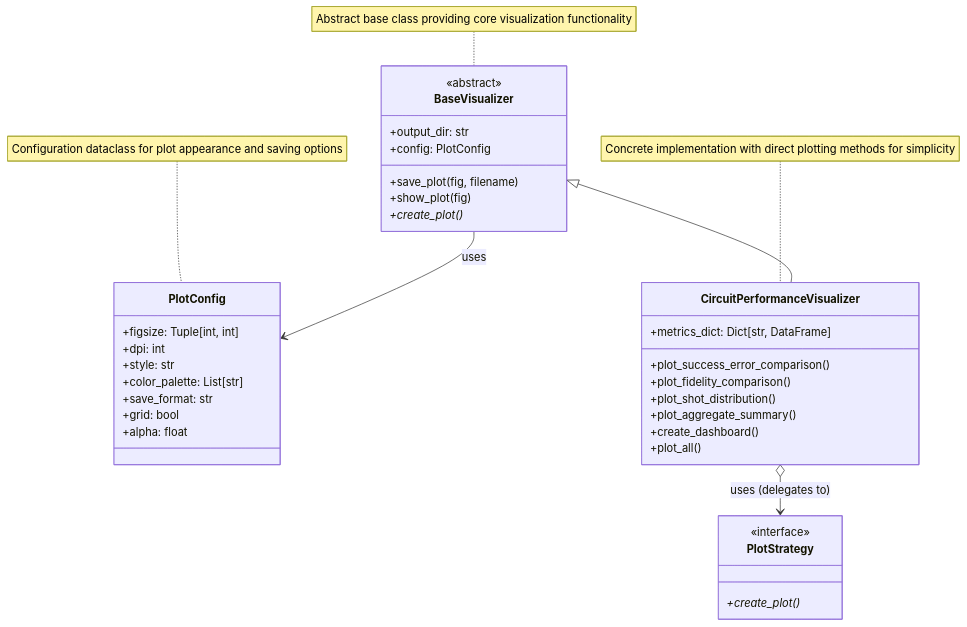
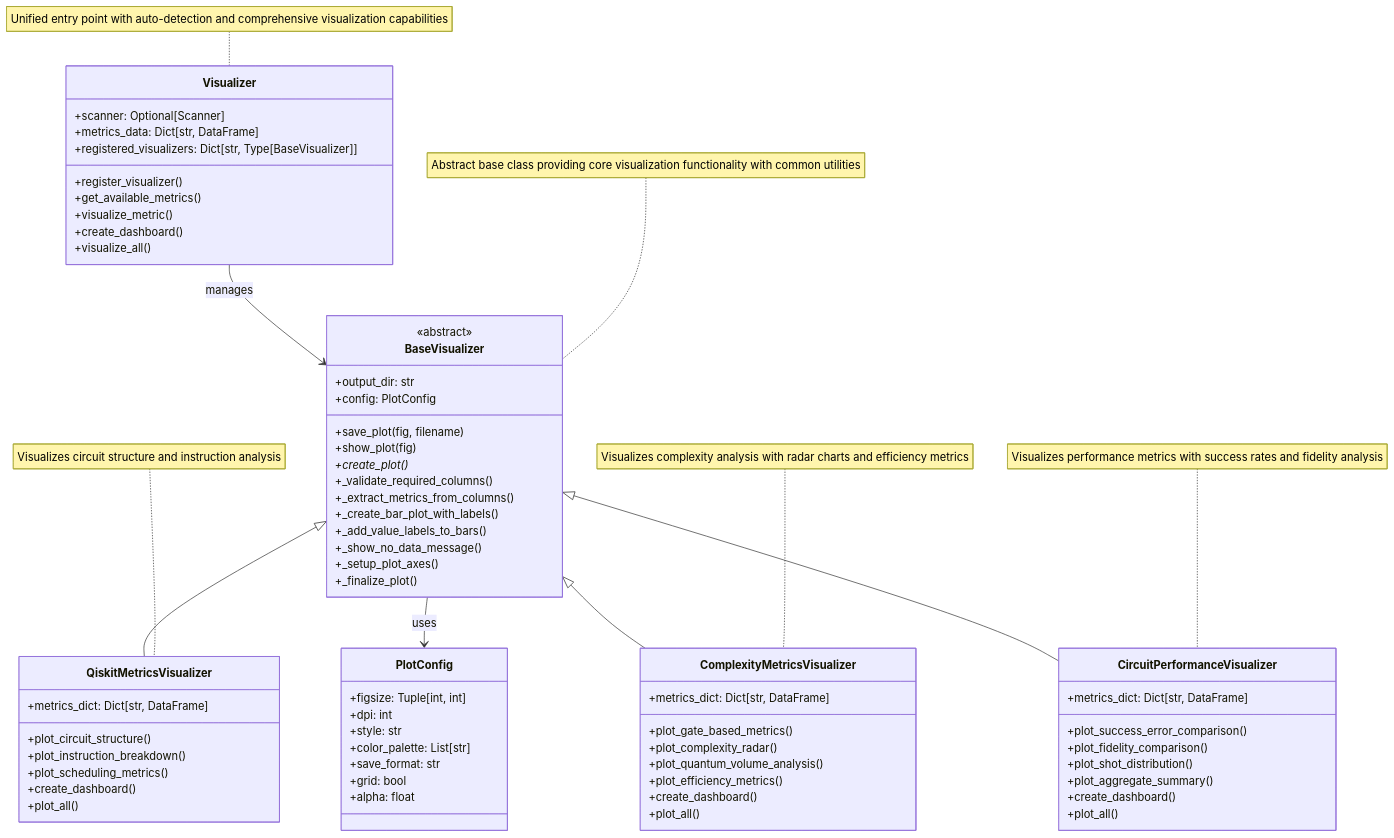
One commit to xthecapx/qiskit-qward changed the first of 2 diagrams in docs/technical_docs.md. Above: the diagram before and after it, drawn with Mermaid. The commit also changed other lines of this file and 4 other files, not shown here.

````diff
--- a/docs/technical_docs.md
+++ b/docs/technical_docs.md
@@ -163,44 +161,80 @@
-```mermaid
+```{mermaid}
 classDiagram
     class BaseVisualizer {
         <<abstract>>
         +output_dir: str
         +config: PlotConfig
         +save_plot(fig, filename)
         +show_plot(fig)
         +create_plot()*
+        +_validate_required_columns()
+        +_extract_metrics_from_columns()
+        +_create_bar_plot_with_labels()
+        +_add_value_labels_to_bars()
+        +_show_no_data_message()
+        +_setup_plot_axes()
+        +_finalize_plot()
     }
-    
+
     class PlotConfig {
         +figsize: Tuple[int, int]
         +dpi: int
         +style: str
         +color_palette: List[str]
         +save_format: str
         +grid: bool
         +alpha: float
     }
-    
+
+    class QiskitMetricsVisualizer {
+        +metrics_dict: Dict[str, DataFrame]
+        +plot_circuit_structure()
+        +plot_instruction_breakdown()
+        +plot_scheduling_metrics()
+        +create_dashboard()
+        +plot_all()
+    }
+
+    class ComplexityMetricsVisualizer {
+        +metrics_dict: Dict[str, DataFrame]
+        +plot_gate_based_metrics()
+        +plot_complexity_radar()
+        +plot_quantum_volume_analysis()
+        +plot_efficiency_metrics()
+        +create_dashboard()
+        +plot_all()
+    }
+
     class CircuitPerformanceVisualizer {
         +metrics_dict: Dict[str, DataFrame]
         +plot_success_error_comparison()
         +plot_fidelity_comparison()
         +plot_shot_distribution()
         +plot_aggregate_summary()
         +create_dashboard()
         +plot_all()
     }
 
-    class PlotStrategy {
-        <<interface>>
-        +create_plot()*
+    class Visualizer {
+        +scanner: Optional[Scanner]
+        +metrics_data: Dict[str, DataFrame]
+        +registered_visualizers: Dict[str, Type[BaseVisualizer]]
+        +register_visualizer()
+        +get_available_metrics()
+        +visualize_metric()
+        +create_dashboard()
+        +visualize_all()
     }
+    
+    note for BaseVisualizer "Abstract base class providing core visualization functionality with common utilities"
+    note for QiskitMetricsVisualizer "Visualizes circuit structure and instruction analysis"
+    note for ComplexityMetricsVisualizer "Visualizes complexity analysis with radar charts and efficiency metrics"
+    note for CircuitPerformanceVisualizer "Visualizes performance metrics with success rates and fidelity analysis"
+    note for Visualizer "Unified entry point with auto-detection and comprehensive visualization capabilities"
 
+    BaseVisualizer <|-- QiskitMetricsVisualizer
+    BaseVisualizer <|-- ComplexityMetricsVisualizer
     BaseVisualizer <|-- CircuitPerformanceVisualizer
     BaseVisualizer --> PlotConfig : uses
-    CircuitPerformanceVisualizer o--> PlotStrategy : uses (delegates to)
-    
-    note for BaseVisualizer "Abstract base class providing core visualization functionality"
-    note for CircuitPerformanceVisualizer "Concrete implementation with direct plotting methods for simplicity"
-    note for PlotConfig "Configuration dataclass for plot appearance and saving options"
+    Visualizer --> BaseVisualizer : manages
 ```
````
